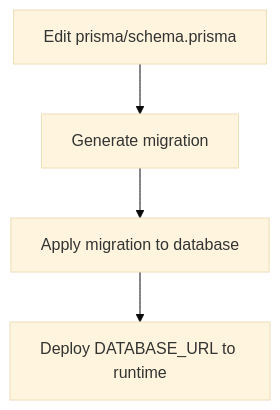
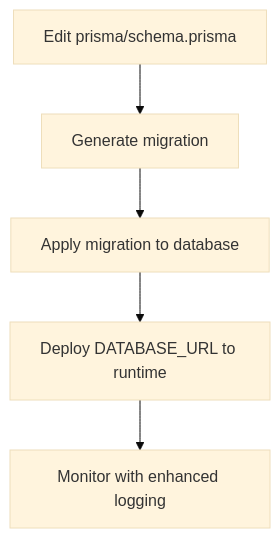
One commit to Avi-Bendetsky/Quiz-to-build changed the sixth of 7 diagrams in .qoder/repowiki/en/content/Shared Libraries/Database Library.md. Above: the diagram before and after it, drawn with Mermaid (base theme). The commit also changed other lines of this file and 41 other files, not shown here.

````diff
--- a/.qoder/repowiki/en/content/Shared Libraries/Database Library.md
+++ b/.qoder/repowiki/en/content/Shared Libraries/Database Library.md
@@ -284,6 +365,7 @@
 ```mermaid
 flowchart TD
 EditSchema["Edit prisma/schema.prisma"] --> Generate["Generate migration"]
 Generate --> Apply["Apply migration to database"]
 Apply --> Deploy["Deploy DATABASE_URL to runtime"]
+Deploy --> Monitor["Monitor with enhanced logging"]
 ```
````
